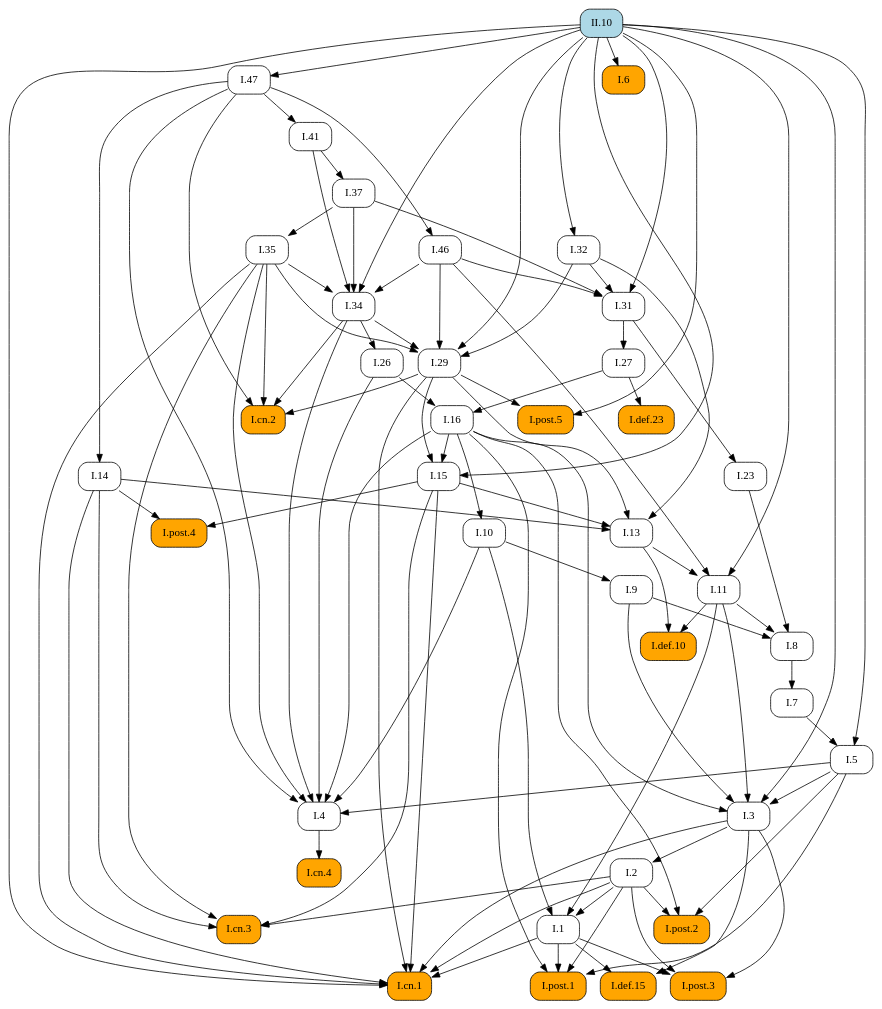
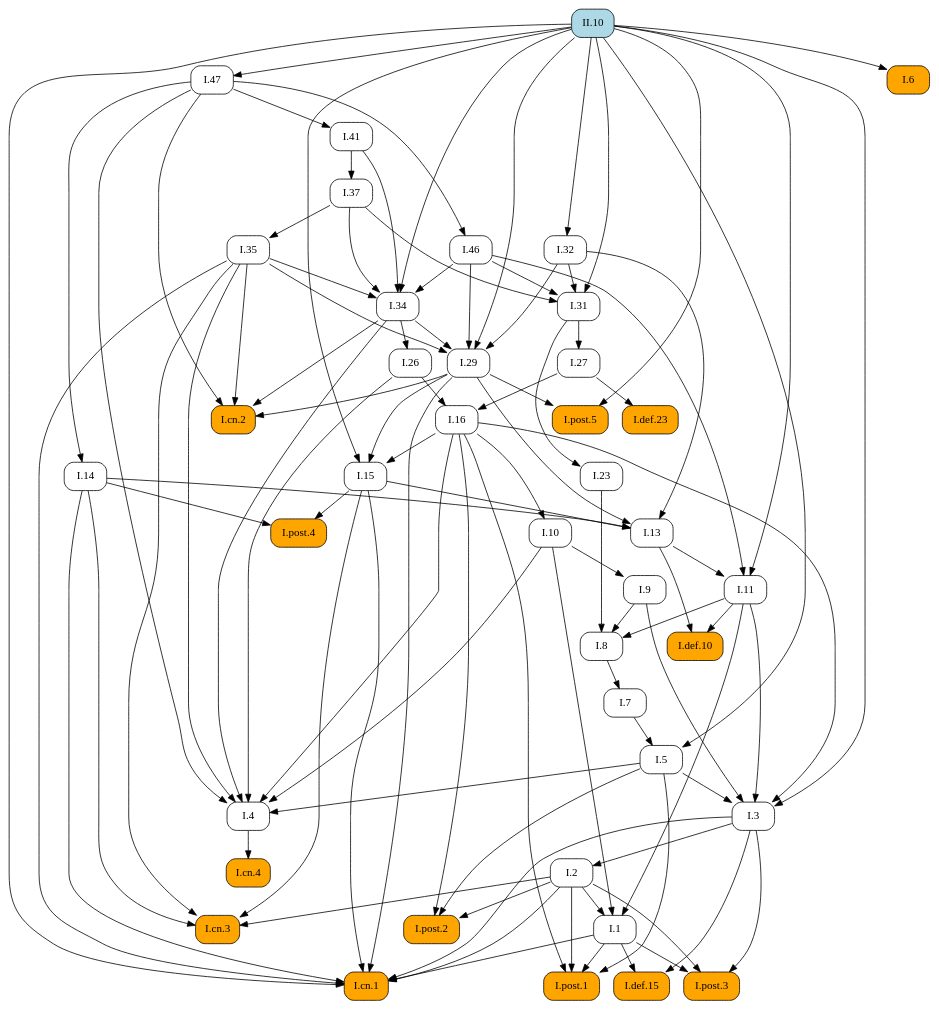
The diagram in docsrc/heath/II/10/index.rst (geometor/elements), drawn with Graphviz before and after one commit. The commit also changed other lines of this file and 484 other files, not shown here.

```diff
--- a/docsrc/heath/II/10/index.rst
+++ b/docsrc/heath/II/10/index.rst
@@ -122,95 +122,67 @@
    digraph {
      rankdir="TB";
      node [shape=box, style=rounded];
+     "I.23" [URL="/heath/I/23/", target="_top"];
+     "I.9" [URL="/heath/I/9/", target="_top"];
+     "I.32" [URL="/heath/I/32/", target="_top"];
+     "I.def.15" [style="rounded,filled", fillcolor=orange, URL="/heath/I/def.15/", target="_top"];
+     "I.47" [URL="/heath/I/47/", target="_top"];
+     "I.post.3" [style="rounded,filled", fillcolor=orange, URL="/heath/I/post.3/", target="_top"];
+     "I.post.1" [style="rounded,filled", fillcolor=orange, URL="/heath/I/post.1/", target="_top"];
+     "I.31" [URL="/heath/I/31/", target="_top"];
      "I.def.10" [style="rounded,filled", fillcolor=orange, URL="/heath/I/def.10/", target="_top"];
-     "I.11" [URL="/heath/I/11/", target="_top"];
-     "I.post.4" [style="rounded,filled", fillcolor=orange, URL="/heath/I/post.4/", target="_top"];
-     "I.1" [URL="/heath/I/1/", target="_top"];
-     "I.26" [URL="/heath/I/26/", target="_top"];
-     "I.29" [URL="/heath/I/29/", target="_top"];
-     "I.cn.2" [style="rounded,filled", fillcolor=orange, URL="/heath/I/cn.2/", target="_top"];
-     "I.47" [URL="/heath/I/47/", target="_top"];
-     "I.def.15" [style="rounded,filled", fillcolor=orange, URL="/heath/I/def.15/", target="_top"];
-     "I.post.3" [style="rounded,filled", fillcolor=orange, URL="/heath/I/post.3/", target="_top"];
-     "I.cn.1" [style="rounded,filled", fillcolor=orange, URL="/heath/I/cn.1/", target="_top"];
-     "I.cn.3" [style="rounded,filled", fillcolor=orange, URL="/heath/I/cn.3/", target="_top"];
+     "I.27" [URL="/heath/I/27/", target="_top"];
      "I.14" [URL="/heath/I/14/", target="_top"];
-     "I.23" [URL="/heath/I/23/", target="_top"];
-     "I.post.1" [style="rounded,filled", fillcolor=orange, URL="/heath/I/post.1/", target="_top"];
-     "I.35" [URL="/heath/I/35/", target="_top"];
-     "I.41" [URL="/heath/I/41/", target="_top"];
-     "I.27" [URL="/heath/I/27/", target="_top"];
-     "I.46" [URL="/heath/I/46/", target="_top"];
-     "I.7" [URL="/heath/I/7/", target="_top"];
      "I.34" [URL="/heath/I/34/", target="_top"];
      "I.3" [URL="/heath/I/3/", target="_top"];
+     "I.35" [URL="/heath/I/35/", target="_top"];
+     "I.cn.1" [style="rounded,filled", fillcolor=orange, URL="/heath/I/cn.1/", target="_top"];
+     "I.7" [URL="/heath/I/7/", target="_top"];
+     "I.2" [URL="/heath/I/2/", target="_top"];
+     "I.13" [URL="/heath/I/13/", target="_top"];
+     "I.post.4" [style="rounded,filled", fillcolor=orange, URL="/heath/I/post.4/", target="_top"];
+     "I.4" [URL="/heath/I/4/", target="_top"];
+     "I.1" [URL="/heath/I/1/", target="_top"];
+     "I.5" [URL="/heath/I/5/", target="_top"];
+     "II.10" [style="rounded,filled", fillcolor=lightblue, URL="/heath/II/10/", target="_top"];
+     "I.8" [URL="/heath/I/8/", target="_top"];
+     "I.37" [URL="/heath/I/37/", target="_top"];
+     "I.cn.3" [style="rounded,filled", fillcolor=orange, URL="/heath/I/cn.3/", target="_top"];
+     "I.29" [URL="/heath/I/29/", target="_top"];
+     "I.16" [URL="/heath/I/16/", target="_top"];
+     "I.15" [URL="/heath/I/15/", target="_top"];
+     "I.10" [URL="/heath/I/10/", target="_top"];
+     "I.11" [URL="/heath/I/11/", target="_top"];
+     "I.def.23" [style="rounded,filled", fillcolor=orange, URL="/heath/I/def.23/", target="_top"];
+     "I.cn.2" [style="rounded,filled", fillcolor=orange, URL="/heath/I/cn.2/", target="_top"];
+     "I.post.5" [style="rounded,filled", fillcolor=orange, URL="/heath/I/post.5/", target="_top"];
+     "I.cn.4" [style="rounded,filled", fillcolor=orange, URL="/heath/I/cn.4/", target="_top"];
+     "I.41" [URL="/heath/I/41/", target="_top"];
+     "I.post.2" [style="rounded,filled", fillcolor=orange, URL="/heath/I/post.2/", target="_top"];
+     "I.46" [URL="/heath/I/46/", target="_top"];
+     "I.26" [URL="/heath/I/26/", target="_top"];
      "I.6" [style="rounded,filled", fillcolor=orange, URL="/heath/I/6/", target="_top"];
-     "I.37" [URL="/heath/I/37/", target="_top"];
-     "I.2" [URL="/heath/I/2/", target="_top"];
-     "I.4" [URL="/heath/I/4/", target="_top"];
-     "I.def.23" [style="rounded,filled", fillcolor=orange, URL="/heath/I/def.23/", target="_top"];
-     "I.13" [URL="/heath/I/13/", target="_top"];
-     "I.31" [URL="/heath/I/31/", target="_top"];
-     "I.post.2" [style="rounded,filled", fillcolor=orange, URL="/heath/I/post.2/", target="_top"];
-     "I.16" [URL="/heath/I/16/", target="_top"];
-     "I.9" [URL="/heath/I/9/", target="_top"];
-     "I.32" [URL="/heath/I/32/", target="_top"];
-     "I.8" [URL="/heath/I/8/", target="_top"];
-     "I.cn.4" [style="rounded,filled", fillcolor=orange, URL="/heath/I/cn.4/", target="_top"];
-     "I.15" [URL="/heath/I/15/", target="_top"];
-     "I.post.5" [style="rounded,filled", fillcolor=orange, URL="/heath/I/post.5/", target="_top"];
-     "I.10" [URL="/heath/I/10/", target="_top"];
-     "II.10" [style="rounded,filled", fillcolor=lightblue, URL="/heath/II/10/", target="_top"];
-     "I.5" [URL="/heath/I/5/", target="_top"];
-     "I.11" -> "I.def.10";
-     "I.13" -> "I.def.10";
-     "I.13" -> "I.11";
-     "I.46" -> "I.11";
-     "II.10" -> "I.11";
-     "I.14" -> "I.post.4";
-     "I.15" -> "I.post.4";
-     "I.2" -> "I.1";
-     "I.10" -> "I.1";
-     "I.11" -> "I.1";
-     "I.34" -> "I.26";
-     "I.32" -> "I.29";
-     "I.34" -> "I.29";
-     "I.35" -> "I.29";
-     "I.46" -> "I.29";
-     "II.10" -> "I.29";
-     "I.29" -> "I.cn.2";
-     "I.34" -> "I.cn.2";
-     "I.35" -> "I.cn.2";
-     "I.47" -> "I.cn.2";
-     "II.10" -> "I.47";
+     "I.31" -> "I.23";
+     "I.10" -> "I.9";
+     "II.10" -> "I.32";
      "I.1" -> "I.def.15";
      "I.3" -> "I.def.15";
+     "II.10" -> "I.47";
      "I.1" -> "I.post.3";
      "I.2" -> "I.post.3";
      "I.3" -> "I.post.3";
-     "I.1" -> "I.cn.1";
-     "I.2" -> "I.cn.1";
-     "I.3" -> "I.cn.1";
-     "I.14" -> "I.cn.1";
-     "I.15" -> "I.cn.1";
-     "I.29" -> "I.cn.1";
-     "I.35" -> "I.cn.1";
-     "II.10" -> "I.cn.1";
-     "I.2" -> "I.cn.3";
-     "I.14" -> "I.cn.3";
-     "I.15" -> "I.cn.3";
-     "I.35" -> "I.cn.3";
-     "I.47" -> "I.14";
-     "I.31" -> "I.23";
      "I.1" -> "I.post.1";
      "I.2" -> "I.post.1";
      "I.5" -> "I.post.1";
      "I.16" -> "I.post.1";
-     "I.37" -> "I.35";
-     "I.47" -> "I.41";
+     "I.32" -> "I.31";
+     "I.37" -> "I.31";
+     "I.46" -> "I.31";
+     "II.10" -> "I.31";
+     "I.11" -> "I.def.10";
+     "I.13" -> "I.def.10";
      "I.31" -> "I.27";
-     "I.47" -> "I.46";
-     "I.8" -> "I.7";
+     "I.47" -> "I.14";
      "I.35" -> "I.34";
      "I.37" -> "I.34";
      "I.41" -> "I.34";
@@ -221,9 +193,23 @@
      "I.11" -> "I.3";
      "I.16" -> "I.3";
      "II.10" -> "I.3";
-     "II.10" -> "I.6";
-     "I.41" -> "I.37";
+     "I.37" -> "I.35";
+     "I.1" -> "I.cn.1";
+     "I.2" -> "I.cn.1";
+     "I.3" -> "I.cn.1";
+     "I.14" -> "I.cn.1";
+     "I.15" -> "I.cn.1";
+     "I.29" -> "I.cn.1";
+     "I.35" -> "I.cn.1";
+     "II.10" -> "I.cn.1";
+     "I.8" -> "I.7";
      "I.3" -> "I.2";
+     "I.14" -> "I.13";
+     "I.15" -> "I.13";
+     "I.29" -> "I.13";
+     "I.32" -> "I.13";
+     "I.14" -> "I.post.4";
+     "I.15" -> "I.post.4";
      "I.5" -> "I.4";
      "I.10" -> "I.4";
      "I.16" -> "I.4";
@@ -231,32 +217,46 @@
      "I.34" -> "I.4";
      "I.35" -> "I.4";
      "I.47" -> "I.4";
+     "I.2" -> "I.1";
+     "I.10" -> "I.1";
+     "I.11" -> "I.1";
+     "I.7" -> "I.5";
+     "II.10" -> "I.5";
+     "I.9" -> "I.8";
+     "I.11" -> "I.8";
+     "I.23" -> "I.8";
+     "I.41" -> "I.37";
+     "I.2" -> "I.cn.3";
+     "I.14" -> "I.cn.3";
+     "I.15" -> "I.cn.3";
+     "I.35" -> "I.cn.3";
+     "I.32" -> "I.29";
+     "I.34" -> "I.29";
+     "I.35" -> "I.29";
+     "I.46" -> "I.29";
+     "II.10" -> "I.29";
+     "I.26" -> "I.16";
+     "I.27" -> "I.16";
+     "I.16" -> "I.15";
+     "I.29" -> "I.15";
+     "II.10" -> "I.15";
+     "I.16" -> "I.10";
+     "I.13" -> "I.11";
+     "I.46" -> "I.11";
+     "II.10" -> "I.11";
      "I.27" -> "I.def.23";
-     "I.14" -> "I.13";
-     "I.15" -> "I.13";
-     "I.29" -> "I.13";
-     "I.32" -> "I.13";
-     "I.32" -> "I.31";
-     "I.37" -> "I.31";
-     "I.46" -> "I.31";
-     "II.10" -> "I.31";
+     "I.29" -> "I.cn.2";
+     "I.34" -> "I.cn.2";
+     "I.35" -> "I.cn.2";
+     "I.47" -> "I.cn.2";
+     "I.29" -> "I.post.5";
+     "II.10" -> "I.post.5";
+     "I.4" -> "I.cn.4";
+     "I.47" -> "I.41";
      "I.2" -> "I.post.2";
      "I.5" -> "I.post.2";
      "I.16" -> "I.post.2";
-     "I.26" -> "I.16";
-     "I.27" -> "I.16";
-     "I.10" -> "I.9";
-     "II.10" -> "I.32";
-     "I.9" -> "I.8";
-     "I.11" -> "I.8";
-     "I.23" -> "I.8";
-     "I.4" -> "I.cn.4";
-     "I.16" -> "I.15";
-     "I.29" -> "I.15";
-     "II.10" -> "I.15";
-     "I.29" -> "I.post.5";
-     "II.10" -> "I.post.5";
-     "I.16" -> "I.10";
-     "I.7" -> "I.5";
-     "II.10" -> "I.5";
+     "I.47" -> "I.46";
+     "I.34" -> "I.26";
+     "II.10" -> "I.6";
    }
```
